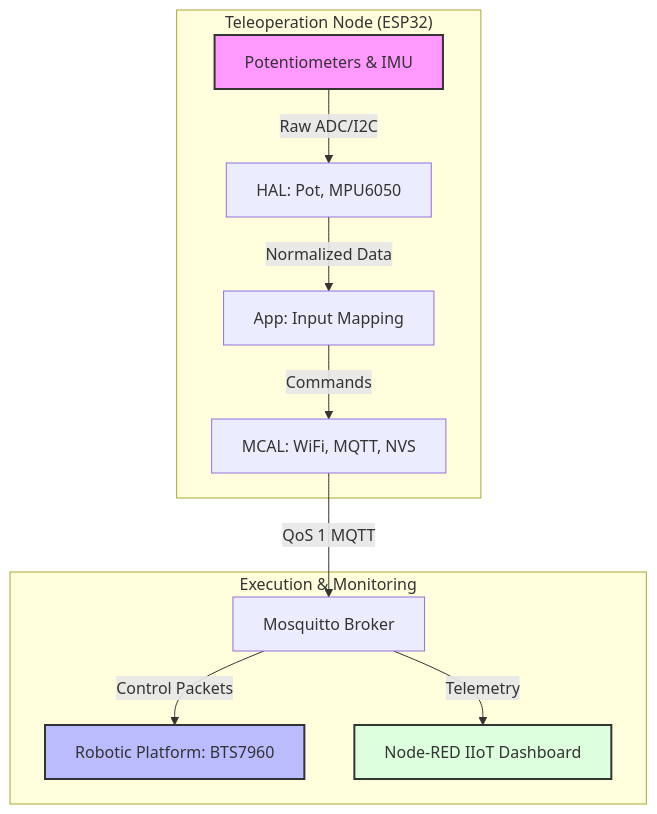
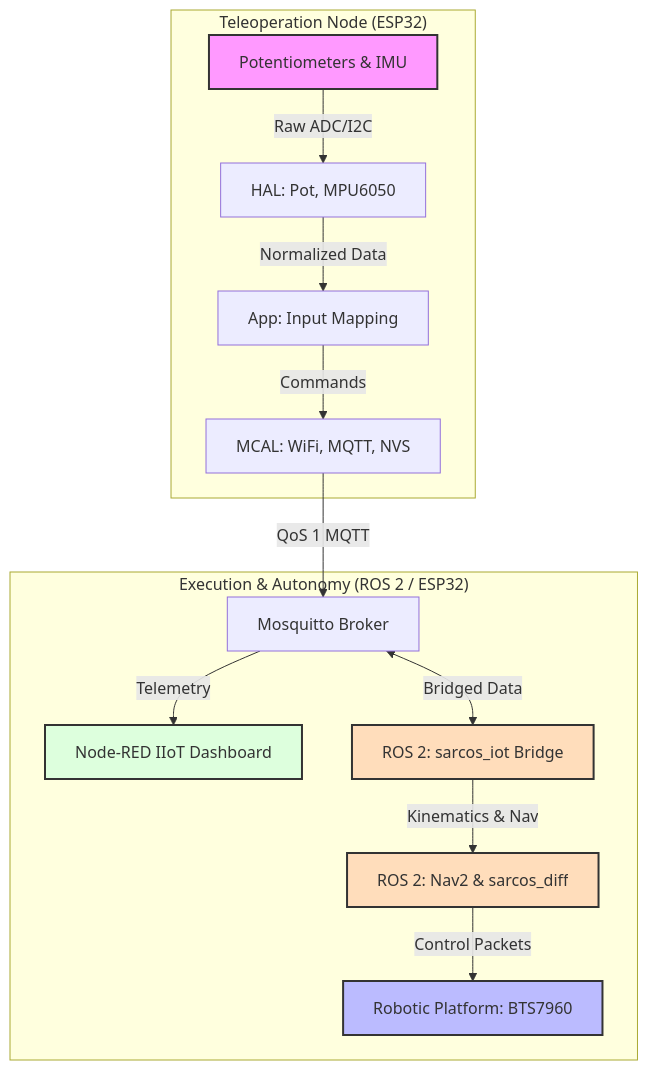
Before and after one commit to ziadmohamed0/sarcoos_project: the diagram in README.md, drawn with Mermaid. The commit also changed other lines of this file, not shown here.

````diff
--- a/README.md
+++ b/README.md
@@ -40,19 +43,23 @@
 ```mermaid
 graph TD
     subgraph "Teleoperation Node (ESP32)"
         Sensors[Potentiometers & IMU] -->|Raw ADC/I2C| HAL[HAL: Pot, MPU6050]
         HAL -->|Normalized Data| Logic[App: Input Mapping]
         Logic -->|Commands| MCAL[MCAL: WiFi, MQTT, NVS]
     end
 
     MCAL --> |QoS 1 MQTT| Broker[Mosquitto Broker]
     
-    subgraph "Execution & Monitoring"
-        Broker -->|Control Packets| Robot[Robotic Platform: BTS7960]
+    subgraph "Execution & Autonomy (ROS 2 / ESP32)"
         Broker -->|Telemetry| NodeRED[Node-RED IIoT Dashboard]
+        Broker <-->|Bridged Data| ROSIoT[ROS 2: sarcos_iot Bridge]
+        ROSIoT -->|Kinematics & Nav| ROSNav[ROS 2: Nav2 & sarcos_diff]
+        ROSNav -->|Control Packets| Robot[Robotic Platform: BTS7960]
     end
 
     style Sensors fill:#f9f,stroke:#333,stroke-width:2px
     style Robot fill:#bbf,stroke:#333,stroke-width:2px
     style NodeRED fill:#dfd,stroke:#333,stroke-width:2px
+    style ROSIoT fill:#fdb,stroke:#333,stroke-width:2px
+    style ROSNav fill:#fdb,stroke:#333,stroke-width:2px
 ```
````
